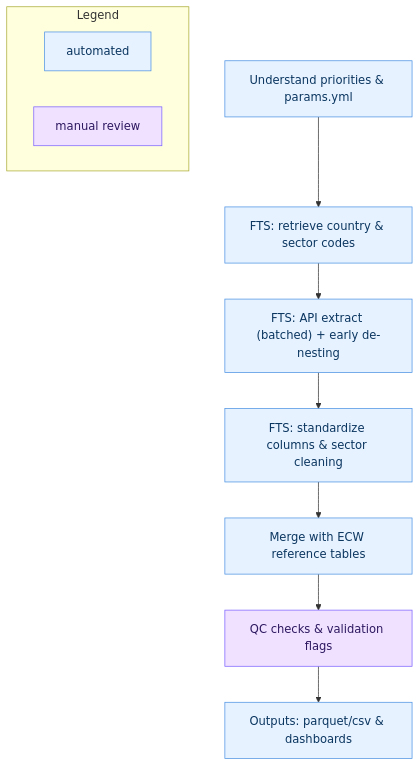
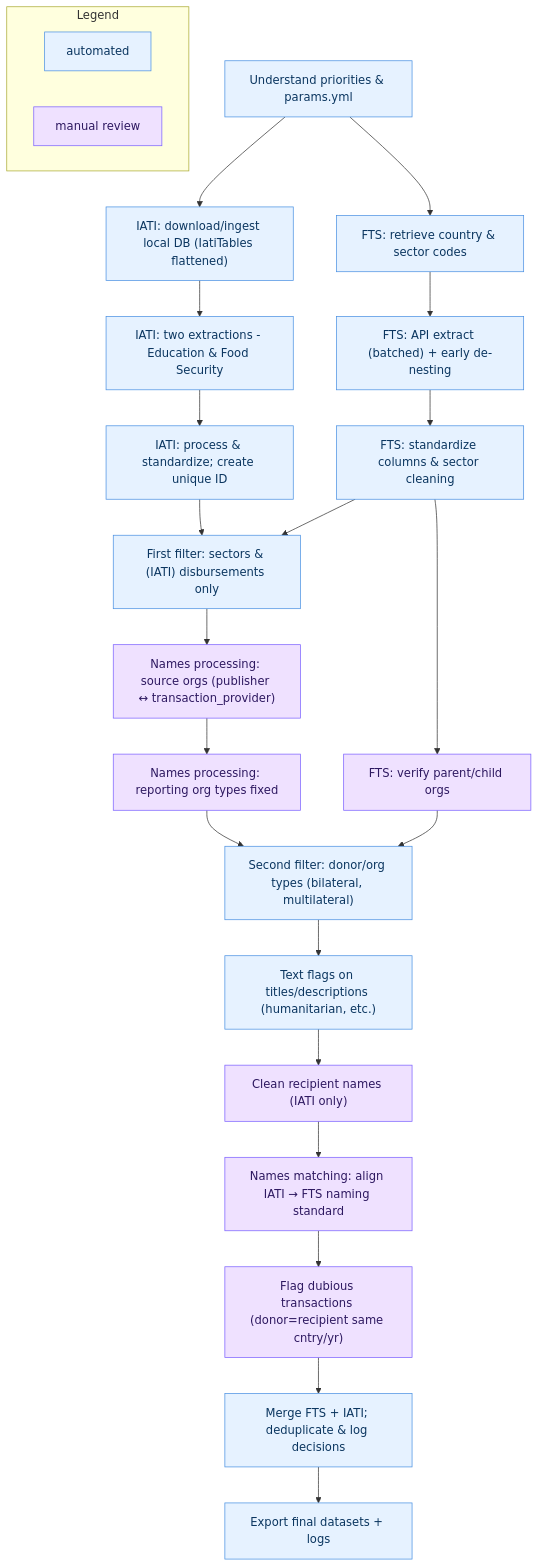
The diagram in README.md (Dorianeve/EiEPC-Financing-Tracking), drawn with Mermaid before and after one commit.

````diff
--- a/README.md
+++ b/README.md
@@ -228,21 +228,46 @@
 ``` mermaid
 flowchart TD
-  %% ---- classes (blue = automated, purple = manual) ----
+  %% ==== CLASS DEFINITIONS ====
   classDef auto   fill:#e6f2ff,stroke:#4a90e2,stroke-width:1px,color:#0b3660;
   classDef manual fill:#efe1ff,stroke:#7b61ff,stroke-width:1px,color:#2e1961;
 
-  %% ---- pipeline ----
+  %% ==== FTS BRANCH ====
   A["Understand priorities & params.yml"]:::auto --> 
   B["FTS: retrieve country & sector codes"]:::auto -->
   C["FTS: API extract (batched) + early de-nesting"]:::auto -->
-  D["FTS: standardize columns & sector cleaning"]:::auto -->
-  E["Merge with ECW reference tables"]:::auto -->
-  F["QC checks & validation flags"]:::manual -->
-  G["Outputs: parquet/csv & dashboards"]:::auto
+  D["FTS: standardize columns & sector cleaning"]:::auto
 
-  %% ---- legend (optional) ----
+  %% ==== IATI BRANCH ====
+  A --> E["IATI: download/ingest local DB (IatiTables flattened)"]:::auto -->
+  F["IATI: two extractions - Education & Food Security"]:::auto -->
+  G["IATI: process & standardize; create unique ID"]:::auto
+
+  %% ==== FIRST FILTER ====
+  G --> H["First filter: sectors & (IATI) disbursements only"]:::auto
+  D --> H
+
+  %% ==== NAME PROCESSING ====
+  H --> I["Names processing: source orgs (publisher ↔ transaction_provider)"]:::manual -->
+  J["Names processing: reporting org types fixed"]:::manual
+  D --> K["FTS: verify parent/child orgs"]:::manual
+
+  %% ==== SECOND FILTER ====
+  J --> L["Second filter: donor/org types (bilateral, multilateral)"]:::auto
+  K --> L
+
+  %% ==== TEXT FLAGS & CLEANING ====
+  L --> M["Text flags on titles/descriptions (humanitarian, etc.)"]:::auto -->
+  N["Clean recipient names (IATI only)"]:::manual
+
+  %% ==== MATCHING & FINAL MERGE ====
+  N --> O["Names matching: align IATI → FTS naming standard"]:::manual -->
+  P["Flag dubious transactions (donor=recipient same cntry/yr)"]:::manual -->
+  Q["Merge FTS + IATI; deduplicate & log decisions"]:::auto -->
+  R["Export final datasets + logs"]:::auto
+
+  %% ==== LEGEND ====
   subgraph Legend
     L1["automated"]:::auto
     L2["manual review"]:::manual
   end
 ```
````
